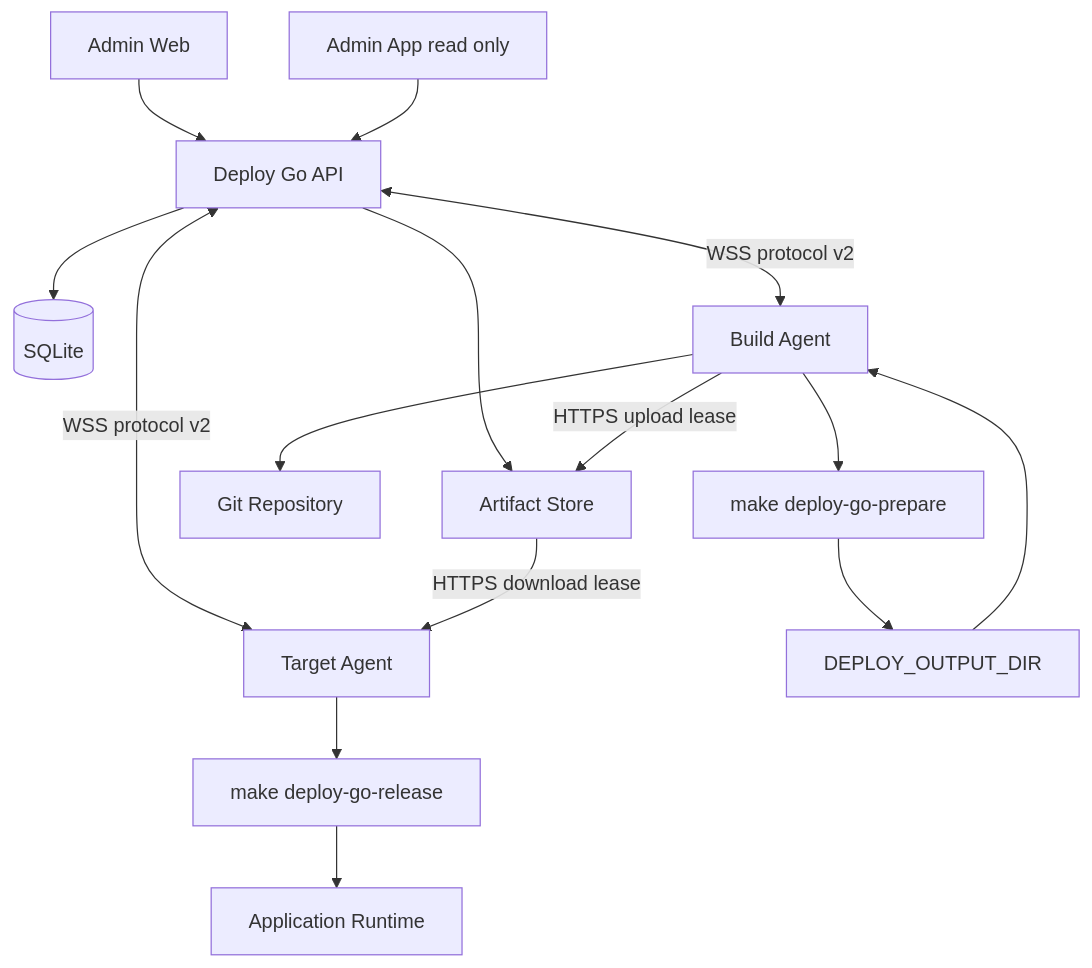
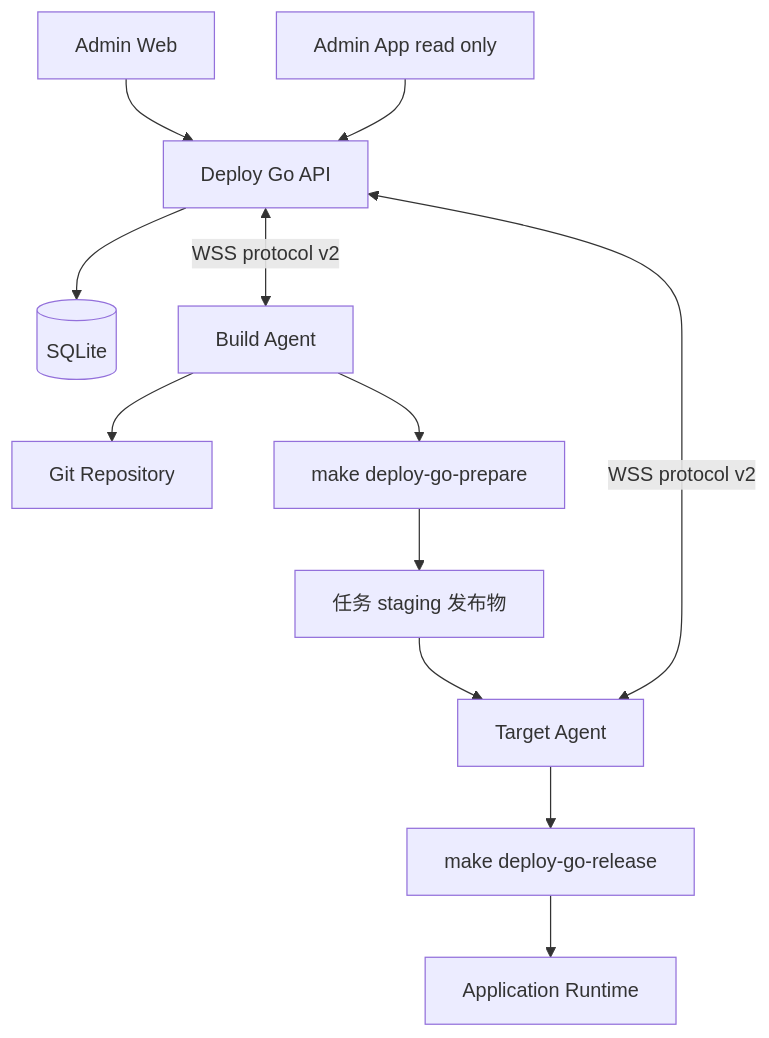
One commit to ZhcChen/deploy-go changed the first of 3 diagrams in docs/plans/2026-08-06-004-git-branch-two-stage-deployment-plan.md. Above: the diagram before and after it, drawn with Mermaid. The commit also changed other lines of this file and 1 other file, not shown here.

````diff
--- a/docs/plans/2026-08-06-004-git-branch-two-stage-deployment-plan.md
+++ b/docs/plans/2026-08-06-004-git-branch-two-stage-deployment-plan.md
@@ -191,17 +191,14 @@
 ```mermaid
 flowchart TB
   Web[Admin Web] --> API[Deploy Go API]
   Mobile[Admin App read only] --> API
   API --> DB[(SQLite)]
-  API --> Store[Artifact Store]
   API <-->|WSS protocol v2| Build[Build Agent]
   API <-->|WSS protocol v2| Target[Target Agent]
   Build --> Git[Git Repository]
   Build --> Prepare[make deploy-go-prepare]
-  Prepare --> Output[DEPLOY_OUTPUT_DIR]
-  Output --> Build
-  Build -->|HTTPS upload lease| Store
-  Store -->|HTTPS download lease| Target
+  Prepare --> Staging[任务 staging 发布物]
+  Staging --> Target
   Target --> Release[make deploy-go-release]
   Release --> Runtime[Application Runtime]
 ```
````
